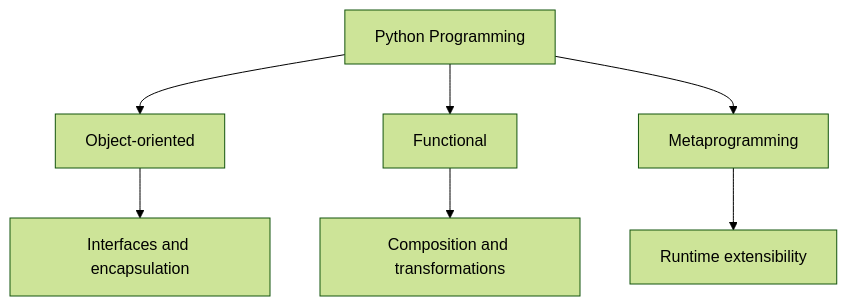
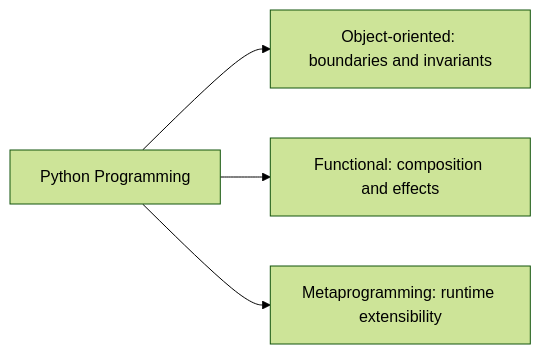
One commit to bijux/bijux.github.io changed the diagram in docs/learning/python-programming.md. Above: the diagram before and after it, drawn with Mermaid (forest theme). The commit also changed other lines of this file, not shown here.

Commit message:
docs(python): compress track explanation with compact diagram

````diff
--- a/docs/learning/python-programming.md
+++ b/docs/learning/python-programming.md
@@ -40,10 +33,6 @@
 ```mermaid
-graph TD
-    program["Python Programming"] --> oop["Object-oriented"]
-    program --> fp["Functional"]
-    program --> meta["Metaprogramming"]
-
-    oop --> interfaces["Interfaces and encapsulation"]
-    fp --> composition["Composition and transformations"]
-    meta --> extensibility["Runtime extensibility"]
+graph LR
+    program["Python Programming"] --> oop["Object-oriented: boundaries and invariants"]
+    program --> fp["Functional: composition and effects"]
+    program --> meta["Metaprogramming: runtime extensibility"]
 ```
````
